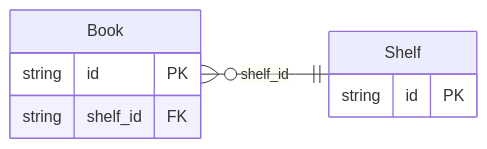
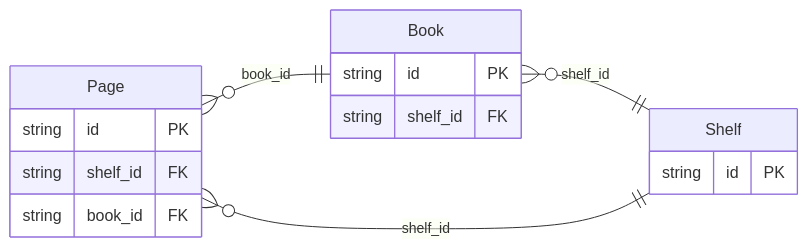
The diagram in plugin/factory/wire/testdata/cases/references/golden/prisma/catalog/README.md (the-protobuf-project/store), drawn with Mermaid before and after one commit. The commit also changed other lines of this file and 135 other files, not shown here.

````diff
--- a/plugin/factory/wire/testdata/cases/references/golden/prisma/catalog/README.md
+++ b/plugin/factory/wire/testdata/cases/references/golden/prisma/catalog/README.md
@@ -13,12 +13,19 @@
 ```mermaid
 erDiagram
     direction LR
     Book {
         string id PK
         string shelf_id FK
     }
+    Page {
+        string id PK
+        string shelf_id FK
+        string book_id FK
+    }
     Shelf {
         string id PK
     }
     Book }o--|| Shelf : "shelf_id"
+    Page }o--|| Shelf : "shelf_id"
+    Page }o--|| Book : "book_id"
 ```
````
